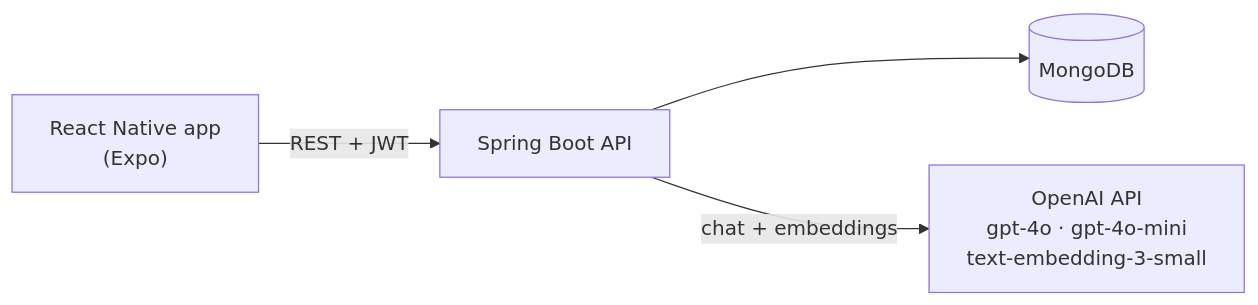
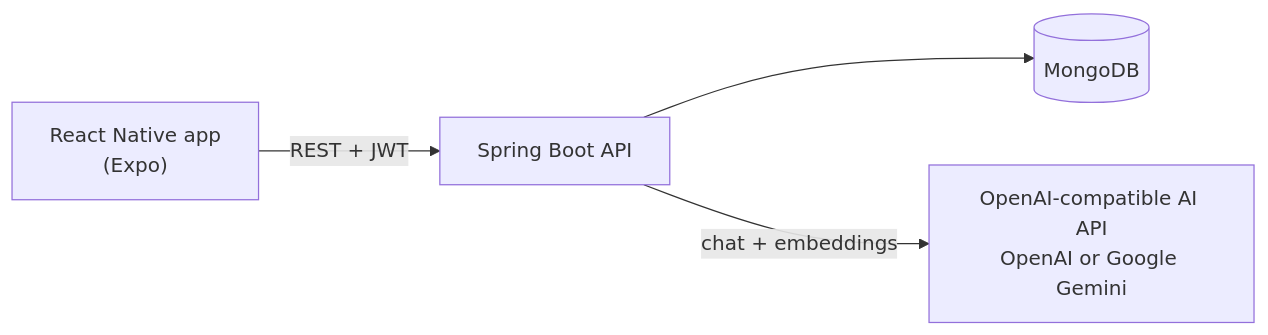
The diagram in README.md (kailau1/fyp_one_percent_spring), drawn with Mermaid before and after one commit. The commit also changed other lines of this file and 23 other files, not shown here.

````diff
--- a/README.md
+++ b/README.md
@@ -19,6 +19,6 @@
 ```mermaid
 flowchart LR
     App["React Native app<br/>(Expo)"] -- "REST + JWT" --> API["Spring Boot API"]
     API --> DB[("MongoDB")]
-    API -- "chat + embeddings" --> OAI["OpenAI API<br/>gpt-4o · gpt-4o-mini<br/>text-embedding-3-small"]
+    API -- "chat + embeddings" --> OAI["OpenAI-compatible AI API<br/>OpenAI or Google Gemini"]
 ```
````
